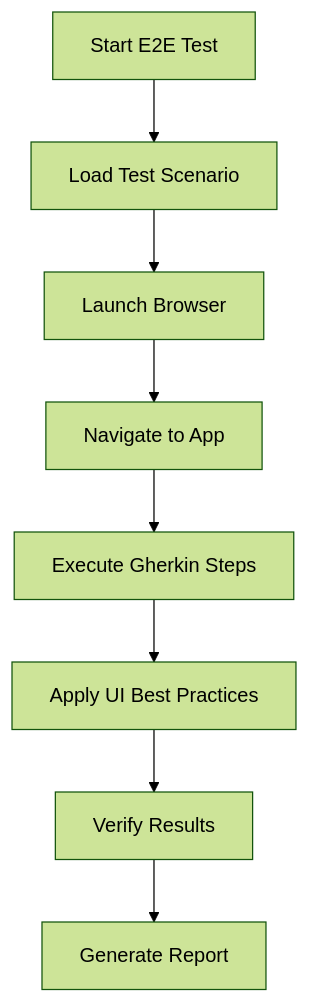
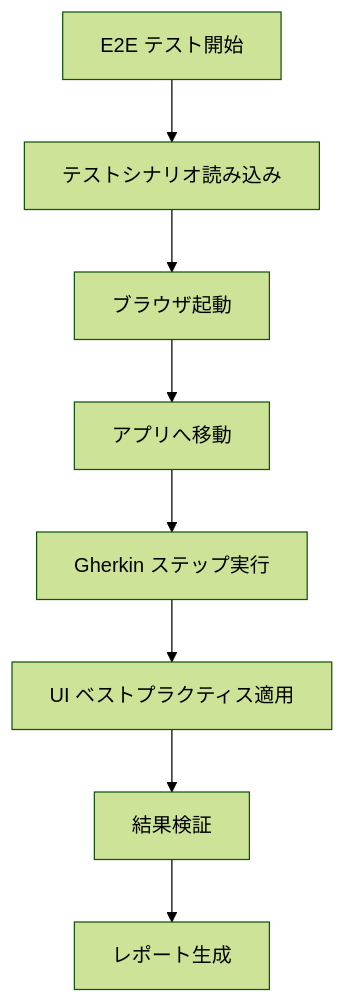
Before and after one commit to emrum01/chrome-devtools-e2e-sample: the diagram in README.md, drawn with Mermaid (forest theme). The commit also changed other lines of this file, not shown here.

````diff
--- a/README.md
+++ b/README.md
@@ -123,10 +143,10 @@
 ```mermaid
 graph TD
-    A[Start E2E Test] --> B[Load Test Scenario]
-    B --> C[Launch Browser]
-    C --> D[Navigate to App]
-    D --> E[Execute Gherkin Steps]
-    E --> F[Apply UI Best Practices]
-    F --> G[Verify Results]
-    G --> H[Generate Report]
+    A[E2E テスト開始] --> B[テストシナリオ読み込み]
+    B --> C[ブラウザ起動]
+    C --> D[アプリへ移動]
+    D --> E[Gherkin ステップ実行]
+    E --> F[UI ベストプラクティス適用]
+    F --> G[結果検証]
+    G --> H[レポート生成]
 ```
````
